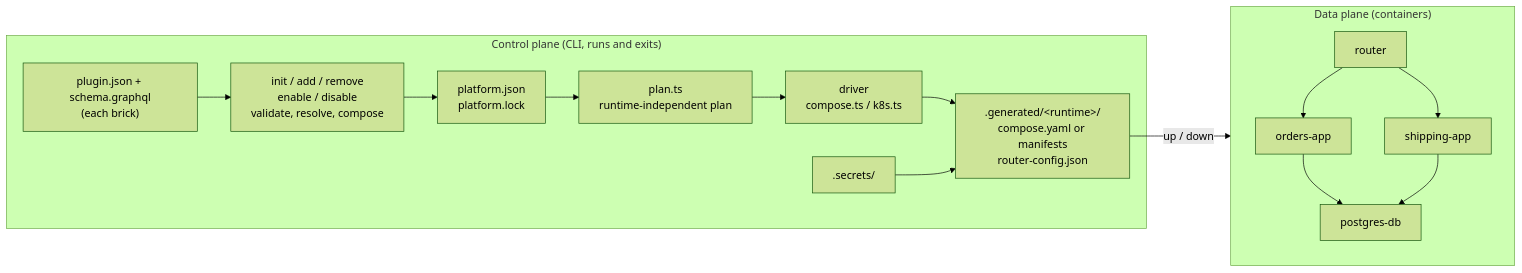
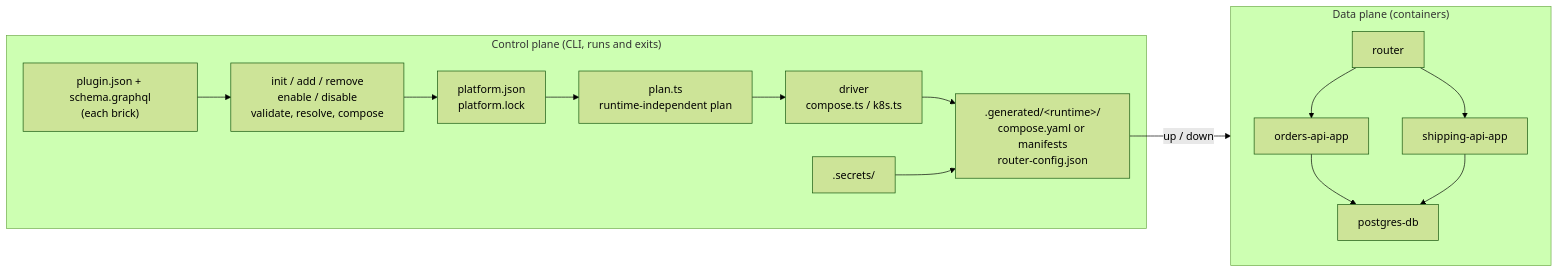
Before and after one commit to rudney5000/plugbricks: the first of 6 diagrams in docs/architecture.md, drawn with Mermaid (forest theme). The commit also changed other lines of this file and 4 other files, not shown here.

Commit message:
docs: D27, the example APIs renamed, in the README, the architecture, Keycloak and the roadmap

````diff
--- a/docs/architecture.md
+++ b/docs/architecture.md
@@ -31,18 +31,18 @@
 ```mermaid
 flowchart LR
   subgraph CP["Control plane (CLI, runs and exits)"]
     M["plugin.json + schema.graphql<br/>(each brick)"] --> ADD["init / add / remove<br/>enable / disable<br/>validate, resolve, compose"]
     ADD --> PJ["platform.json<br/>platform.lock"]
     PJ --> PLAN["plan.ts<br/>runtime-independent plan"]
     PLAN --> DRV["driver<br/>compose.ts / k8s.ts"]
     DRV --> GEN[".generated/&lt;runtime&gt;/<br/>compose.yaml or manifests<br/>router-config.json"]
     SEC[".secrets/"] --> GEN
   end
   GEN -->|"up / down"| DP
   subgraph DP["Data plane (containers)"]
-    R["router"] --> A["orders-app"]
-    R --> B["shipping-app"]
+    R["router"] --> A["orders-api-app"]
+    R --> B["shipping-api-app"]
     A --> P["postgres-db"]
     B --> P
   end
 ```
````
